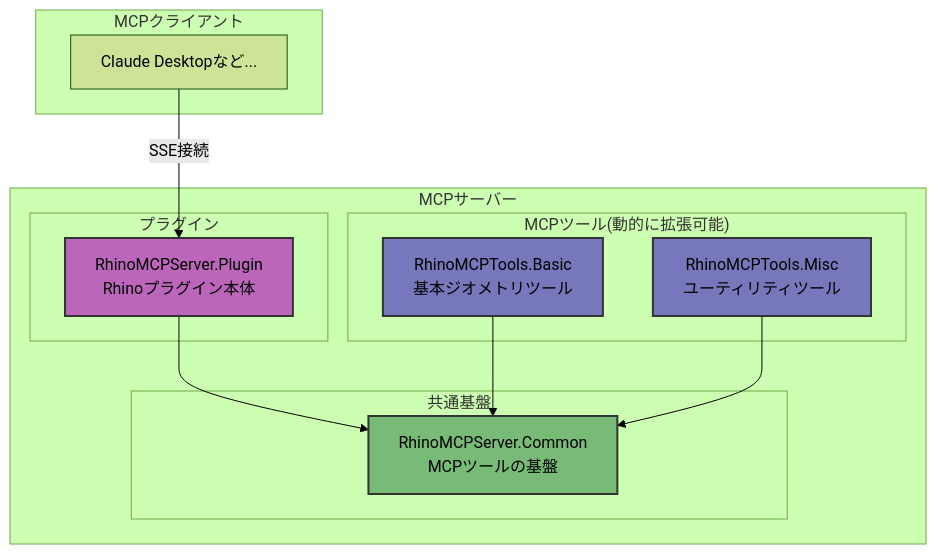
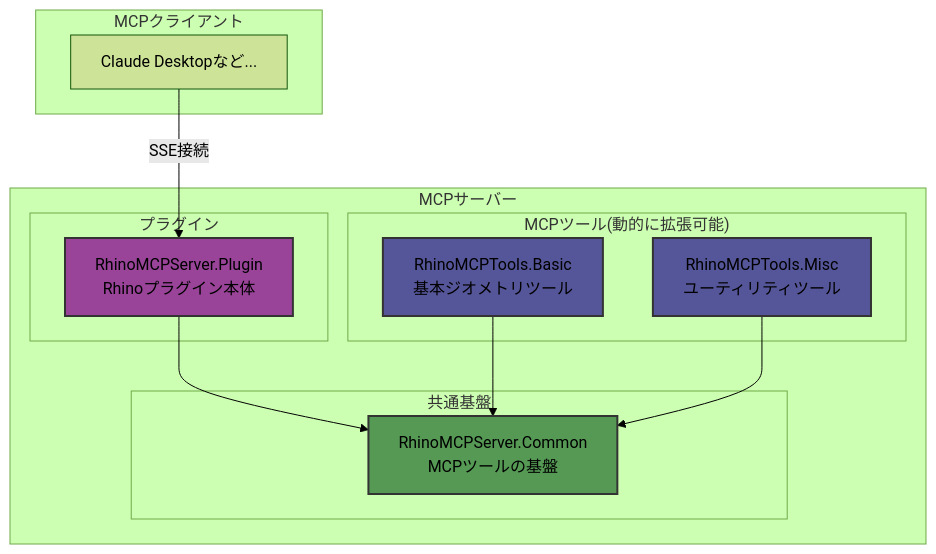
The diagram in README.ja.md (4kk11/RhinoMCPServer), drawn with Mermaid (forest theme) before and after one commit. The commit also changed 1 other file, not shown here.

Commit message:
Update: README

````diff
--- a/README.ja.md
+++ b/README.ja.md
@@ -18,35 +18,35 @@
 ```mermaid
 graph TB
     subgraph MCPクライアント
       X[Claude Desktopなど...]
     end
 
     subgraph MCPサーバー
       subgraph プラグイン
           A[RhinoMCPServer.Plugin<br>Rhinoプラグイン本体]
       end
 
       subgraph 共通基盤
           B[RhinoMCPServer.Common<br>MCPツールの基盤]
       end
 
       subgraph "MCPツール(動的に拡張可能)"
           C[RhinoMCPTools.Basic<br>基本ジオメトリツール]
           D[RhinoMCPTools.Misc<br>ユーティリティツール]
       end
     end
 
 
     A --> B
     C --> B
     D --> B
     X -->|"SSE接続"| A
 
-    classDef plugin fill:#b6b,stroke:#333,stroke-width:2px;
-    classDef common fill:#7b7,stroke:#333,stroke-width:2px;
-    classDef tools fill:#77b,stroke:#333,stroke-width:2px;
+    classDef plugin fill:#949,stroke:#333,stroke-width:2px;
+    classDef common fill:#595,stroke:#333,stroke-width:2px;
+    classDef tools fill:#559,stroke:#333,stroke-width:2px;
 
     class A plugin;
     class B common;
     class C,D tools;
 ```
````
